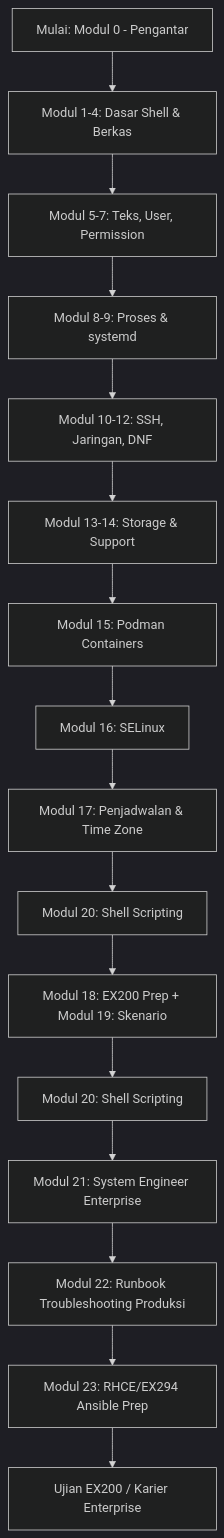
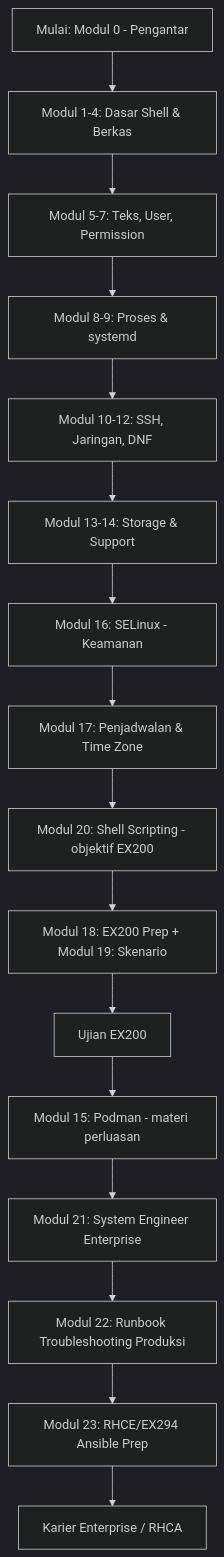
The diagram in src/content/docs/rhcsa/pusat-belajar.md (masrizram/masrizram.github.io), drawn with Mermaid (dark theme) before and after one commit. The commit also changed other lines of this file and 78 other files, not shown here.

````diff
--- a/src/content/docs/rhcsa/pusat-belajar.md
+++ b/src/content/docs/rhcsa/pusat-belajar.md
@@ -17,18 +17,18 @@
 ```mermaid
 flowchart TD
     A[Mulai: Modul 0 - Pengantar] --> B[Modul 1-4: Dasar Shell & Berkas]
     B --> C[Modul 5-7: Teks, User, Permission]
     C --> D[Modul 8-9: Proses & systemd]
     D --> E[Modul 10-12: SSH, Jaringan, DNF]
     E --> F[Modul 13-14: Storage & Support]
-    F --> G[Modul 15: Podman Containers]
-    G --> H[Modul 16: SELinux]
-    H --> I[Modul 17: Penjadwalan & Time Zone]
-    I --> J[Modul 20: Shell Scripting]
-    J --> K[Modul 18: EX200 Prep + Modul 19: Skenario]
-    K --> L[Modul 20: Shell Scripting]
+    F --> G[Modul 16: SELinux - Keamanan]
+    G --> H[Modul 17: Penjadwalan & Time Zone]
+    H --> I[Modul 20: Shell Scripting - objektif EX200]
+    I --> J[Modul 18: EX200 Prep + Modul 19: Skenario]
+    J --> K[Ujian EX200]
+    K --> L[Modul 15: Podman - materi perluasan]
     L --> M[Modul 21: System Engineer Enterprise]
     M --> N[Modul 22: Runbook Troubleshooting Produksi]
     N --> O[Modul 23: RHCE/EX294 Ansible Prep]
-    O --> P[Ujian EX200 / Karier Enterprise]
+    O --> P[Karier Enterprise / RHCA]
 ```
````
